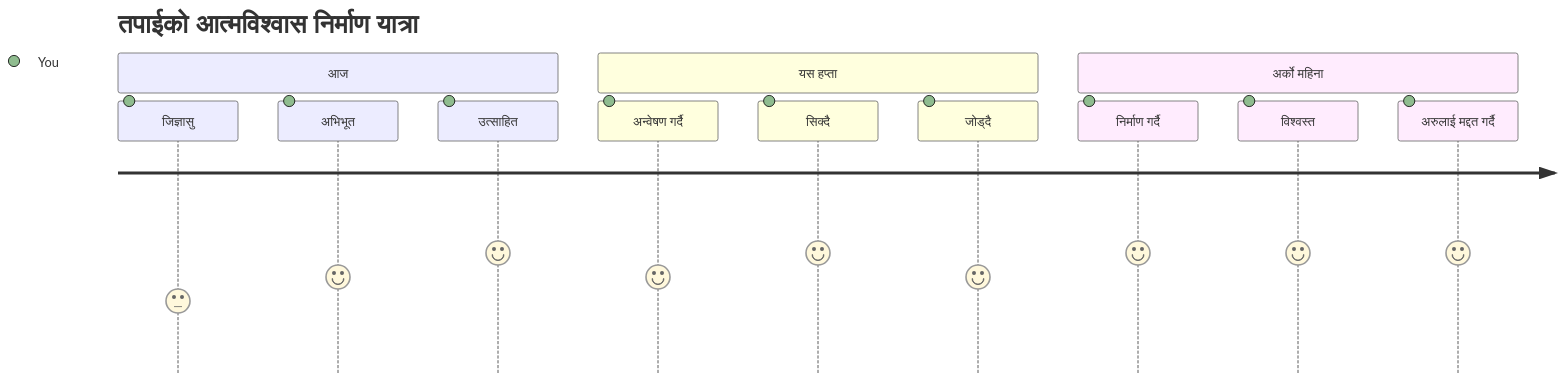
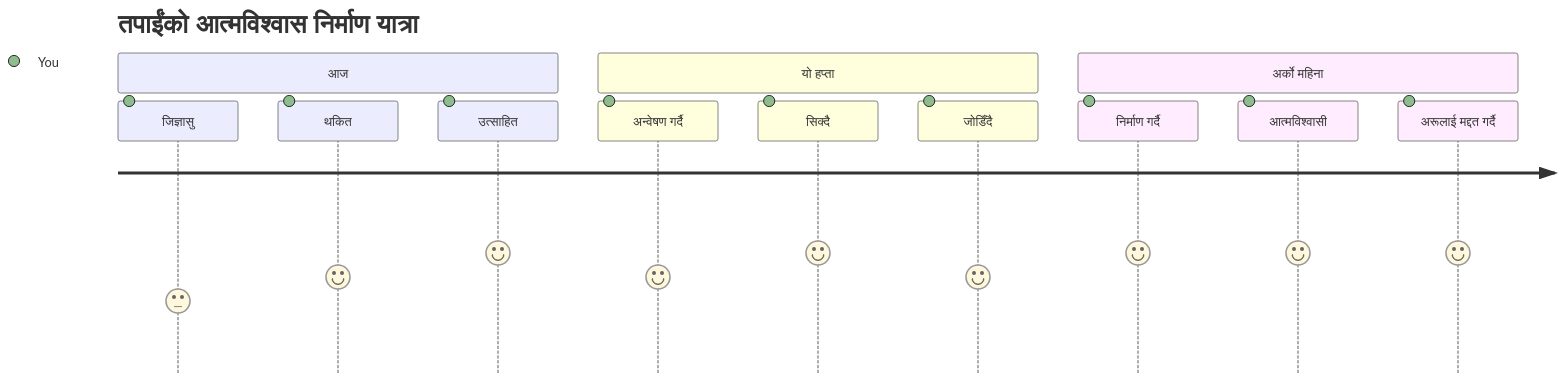
One commit to microsoft/Web-Dev-For-Beginners changed the seventh of 7 diagrams in translations/ne/1-getting-started-lessons/1-intro-to-programming-languages/README.md. Above: the diagram before and after it, drawn with Mermaid. The commit also changed other lines of this file and 11 other files, not shown here.

````diff
--- a/translations/ne/1-getting-started-lessons/1-intro-to-programming-languages/README.md
+++ b/translations/ne/1-getting-started-lessons/1-intro-to-programming-languages/README.md
@@ -824,16 +831,16 @@
 ```mermaid
 journey
-    title तपाईको आत्मविश्वास निर्माण यात्रा
+    title तपाईंको आत्मविश्वास निर्माण यात्रा
     section आज
       जिज्ञासु: 3: You
-      अभिभूत: 4: You
+      थकित: 4: You
       उत्साहित: 5: You
-    section यस हप्ता
+    section यो हप्ता
       अन्वेषण गर्दै: 4: You
       सिक्दै: 5: You
-      जोड्दै: 4: You
+      जोडिँदै: 4: You
     section अर्को महिना
       निर्माण गर्दै: 5: You
-      विश्वस्त: 5: You
-      अरुलाई मद्दत गर्दै: 5: You
+      आत्मविश्वासी: 5: You
+      अरूलाई मद्दत गर्दै: 5: You
 ```
````
